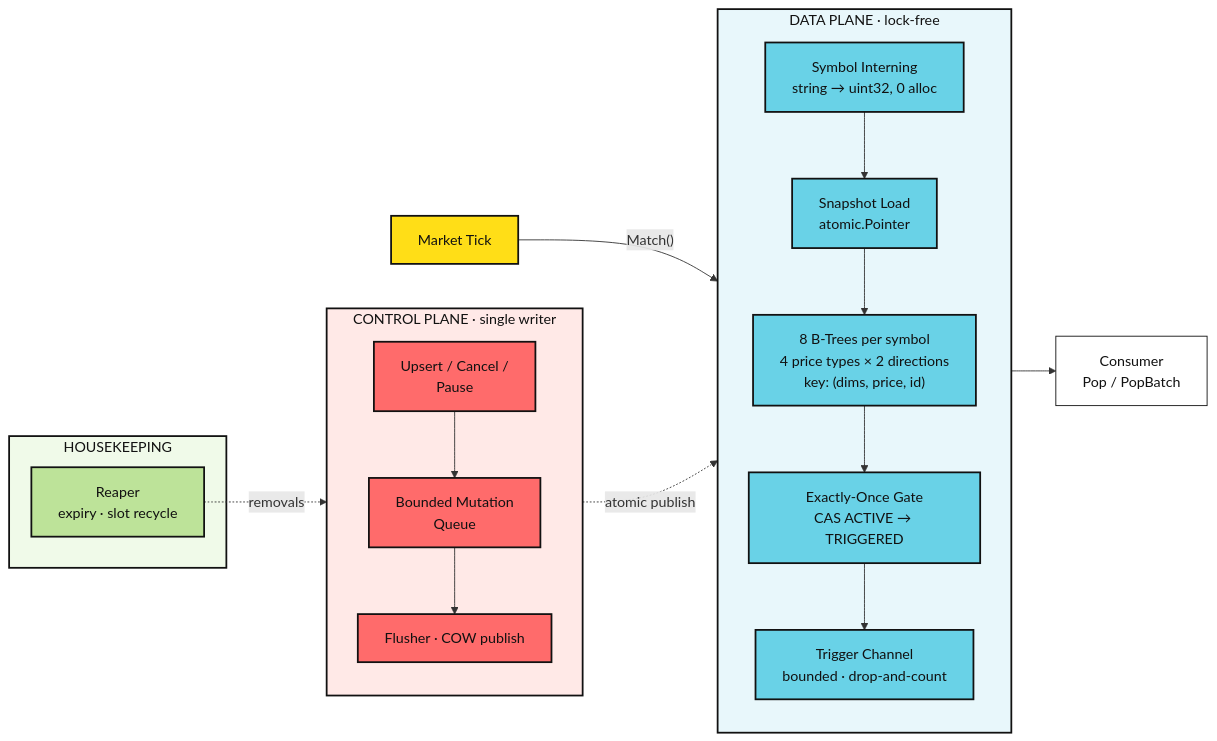
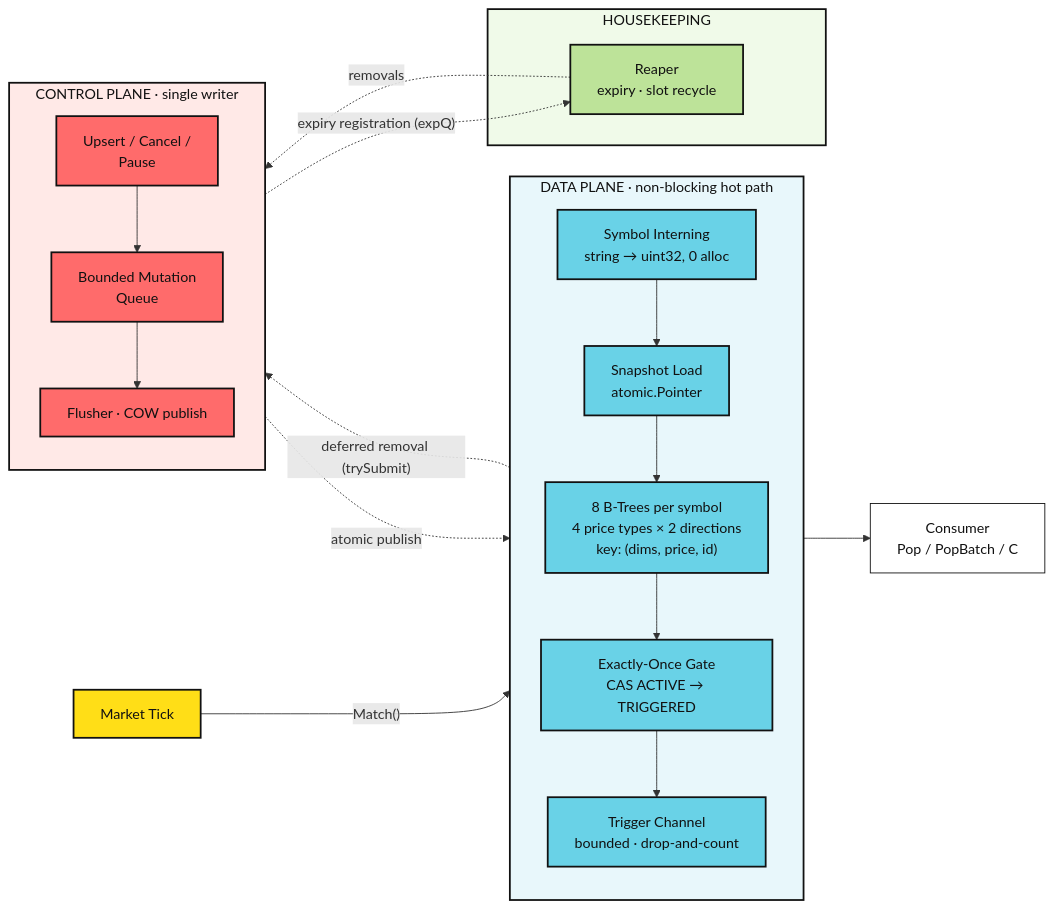
One commit to emirakts0/chrono-tree changed the diagram in README.md. Above: the diagram before and after it, drawn with Mermaid.

Commit message:
docs(readme): complete architecture diagram, drop lock-free label
- fire's tree removal is deferred to the flusher via trySubmit — draw
  CAS -.-> MQ (the read path's write-back edge, stated in prose but
  not drawn)
- Upsert registers every alert with the reaper via expQ — draw
  API -.-> Reaper
- data plane: Interner.Get holds an RWMutex read lock, so 'lock-free'
  overstates it; 'non-blocking hot path' matches Match's own doc
- Consumer node: mention C() alongside Pop / PopBatch

````diff
--- a/README.md
+++ b/README.md
@@ -42,49 +42,51 @@
 ```mermaid
 flowchart LR
     T["Market Tick"]
 
-    subgraph DP["DATA PLANE · lock-free"]
+    subgraph DP["DATA PLANE · non-blocking hot path"]
         direction TB
         IN["Symbol Interning<br/>string → uint32, 0 alloc"]
         SNAP["Snapshot Load<br/>atomic.Pointer"]
         TREES["8 B-Trees per symbol<br/>4 price types × 2 directions<br/>key: (dims, price, id)"]
         CAS["Exactly-Once Gate<br/>CAS ACTIVE → TRIGGERED"]
         RING["Trigger Channel<br/>bounded · drop-and-count"]
         IN --> SNAP --> TREES --> CAS --> RING
     end
 
     subgraph CP["CONTROL PLANE · single writer"]
         direction TB
         API["Upsert / Cancel /<br/>Pause"]
         MQ["Bounded Mutation<br/>Queue"]
         FL["Flusher · COW publish"]
         API --> MQ --> FL
     end
 
     subgraph HK["HOUSEKEEPING"]
         RP["Reaper<br/>expiry · slot recycle"]
     end
 
-    OUT["Consumer<br/>Pop / PopBatch"]
+    OUT["Consumer<br/>Pop / PopBatch / C"]
 
     T -- "Match()" --> IN
     RING --> OUT
     FL -. "atomic publish" .-> SNAP
     RP -. "removals" .-> MQ
+    CAS -. "deferred removal (trySubmit)" .-> MQ
+    API -. "expiry registration (expQ)" .-> RP
 
     classDef input fill:#FFDE17,stroke:#111,stroke-width:2px,color:#111
     classDef data fill:#69D2E7,stroke:#111,stroke-width:2px,color:#111
     classDef control fill:#FF6B6B,stroke:#111,stroke-width:2px,color:#111
     classDef house fill:#BDE399,stroke:#111,stroke-width:2px,color:#111
     classDef comp fill:#ffffff,stroke:#111,stroke-width:1px,color:#111
 
     class T input
     class IN,SNAP,TREES,CAS,RING data
     class API,MQ,FL control
     class RP house
     class OUT comp
 
     style DP fill:#E8F7FB,stroke:#111,stroke-width:2px,color:#111
     style CP fill:#FFE9E7,stroke:#111,stroke-width:2px,color:#111
     style HK fill:#F0FAE9,stroke:#111,stroke-width:2px,color:#111
 ```
````
